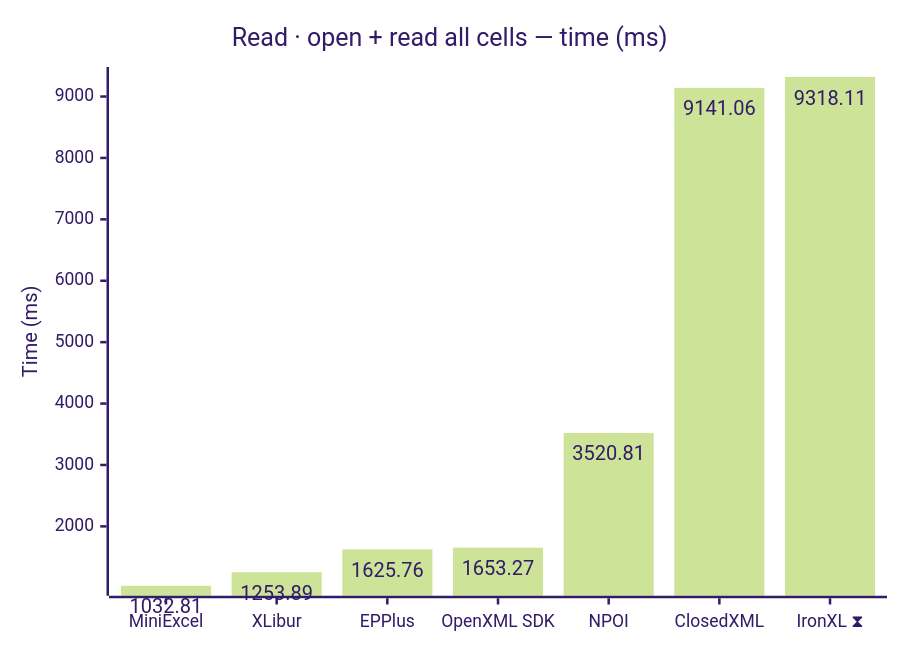
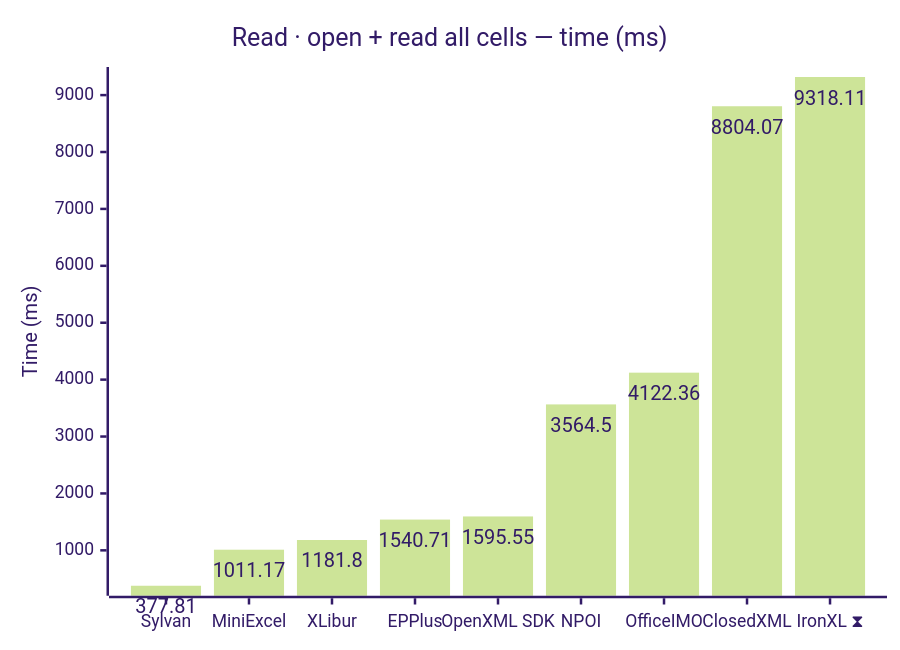
One commit to jafin/XLBench changed the third of 12 diagrams in docs/results-ci.md. Above: the diagram before and after it, drawn with Mermaid (forest theme). The commit also changed other lines of this file, not shown here.

````diff
--- a/docs/results-ci.md
+++ b/docs/results-ci.md
@@ -67,12 +69,12 @@
 ```mermaid
 ---
 config:
   xyChart:
     showDataLabel: true
 ---
 xychart-beta
     title "Read · open + read all cells — time (ms)"
-    x-axis ["MiniExcel", "XLibur", "EPPlus", "OpenXML SDK", "NPOI", "ClosedXML", "IronXL ⧗"]
+    x-axis ["Sylvan", "MiniExcel", "XLibur", "EPPlus", "OpenXML SDK", "NPOI", "OfficeIMO", "ClosedXML", "IronXL ⧗"]
     y-axis "Time (ms)"
-    bar [1032.81, 1253.89, 1625.76, 1653.27, 3520.81, 9141.06, 9318.11]
+    bar [377.81, 1011.17, 1181.8, 1540.71, 1595.55, 3564.5, 4122.36, 8804.07, 9318.11]
 ```
````
